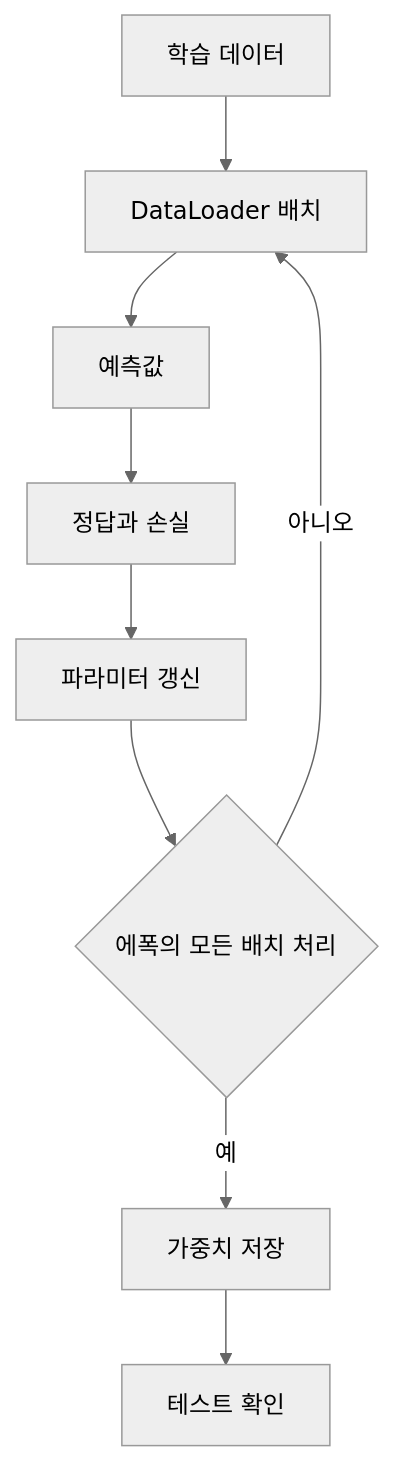
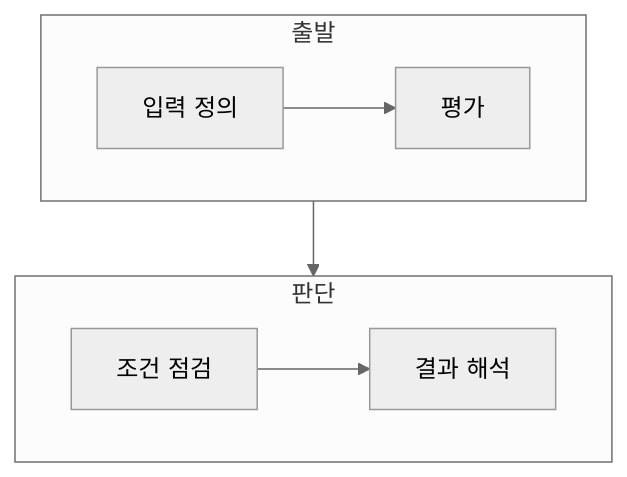
The diagram in ComputerScience/03_ai-ml-data/artificial-intelligence/notes/01. MLP 실습 - 학습과 평가.md (umyunsang/edu), drawn with Mermaid (neutral theme) before and after one commit. The commit also changed other lines of this file and 9 other files, not shown here.

````diff
--- a/ComputerScience/03_ai-ml-data/artificial-intelligence/notes/01. MLP 실습 - 학습과 평가.md
+++ b/ComputerScience/03_ai-ml-data/artificial-intelligence/notes/01. MLP 실습 - 학습과 평가.md
@@ -20,11 +23,12 @@
 ```mermaid
-flowchart TD
-  A[학습 데이터] --> B[DataLoader 배치]
-  B --> C[예측값]
-  C --> D[정답과 손실]
-  D --> E[파라미터 갱신]
-  E --> F{에폭의 모든 배치 처리}
-  F -- 아니오 --> B
-  F -- 예 --> G[가중치 저장]
-  G --> H[테스트 확인]
+flowchart TB
+    subgraph Input[출발]
+        direction LR
+        A[입력 정의] --> B[평가]
+    end
+    subgraph Decision[판단]
+        direction LR
+        C[조건 점검] --> D[결과 해석]
+    end
+    B --> C
 ```
````
